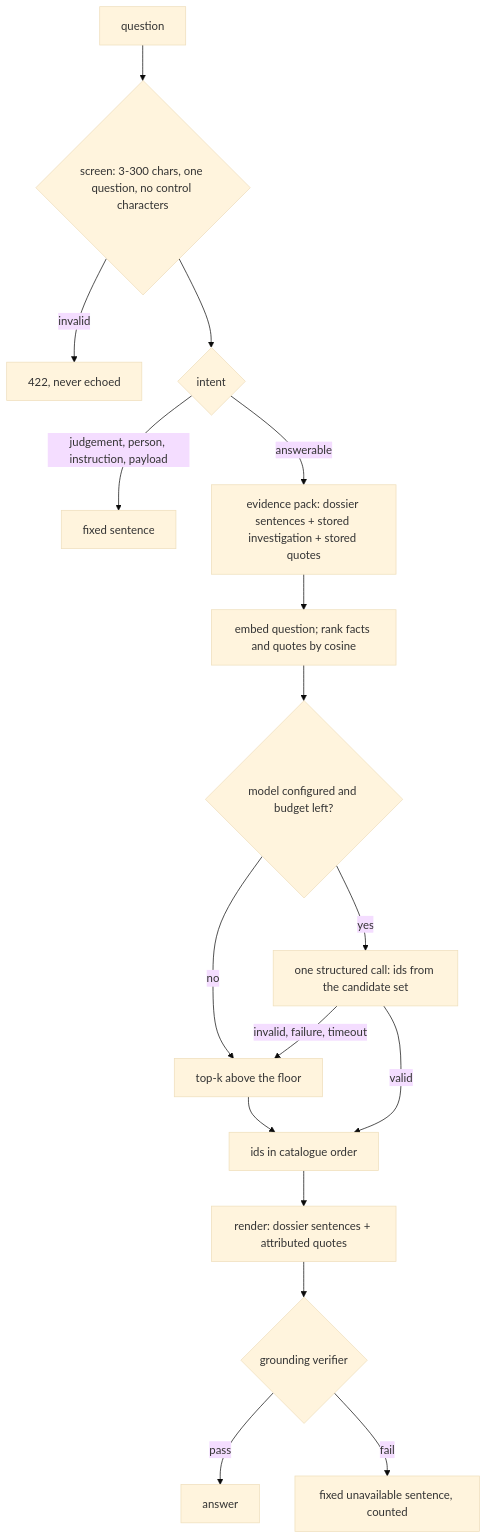
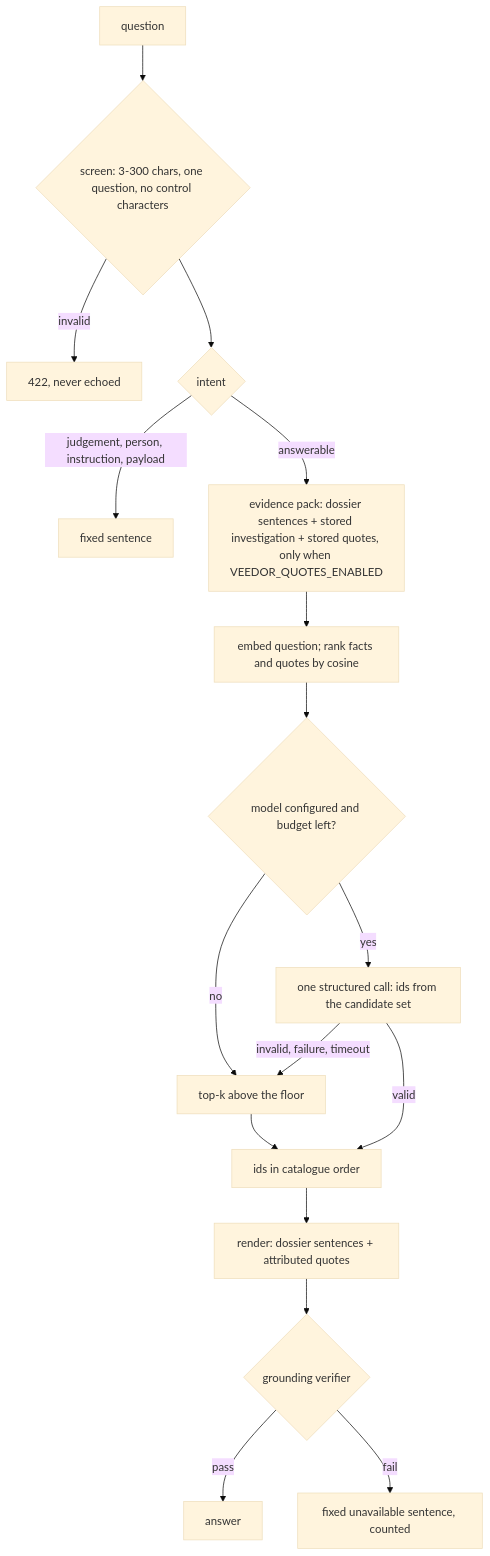
Before and after one commit to DweskZ/veedor: the second of 2 diagrams in docs/AGENTS.md, drawn with Mermaid (base theme). The commit also changed 59 other files, not shown here.

````diff
--- a/docs/AGENTS.md
+++ b/docs/AGENTS.md
@@ -181,19 +181,19 @@
 ```mermaid
 flowchart TD
     Q[question] --> V{screen: 3-300 chars, one question, no control characters}
     V -->|invalid| R422[422, never echoed]
     V --> I{intent}
     I -->|judgement, person, instruction, payload| F[fixed sentence]
-    I -->|answerable| P[evidence pack: dossier sentences + stored investigation + stored quotes]
+    I -->|answerable| P[evidence pack: dossier sentences + stored investigation + stored quotes, only when VEEDOR_QUOTES_ENABLED]
     P --> E[embed question; rank facts and quotes by cosine]
     E --> M{model configured and budget left?}
     M -->|no| T[top-k above the floor]
     M -->|yes| S[one structured call: ids from the candidate set]
     S -->|invalid, failure, timeout| T
     S -->|valid| C[ids in catalogue order]
     T --> C
     C --> N[render: dossier sentences + attributed quotes]
     N --> G{grounding verifier}
     G -->|pass| A[answer]
     G -->|fail| U[fixed unavailable sentence, counted]
 ```
````
